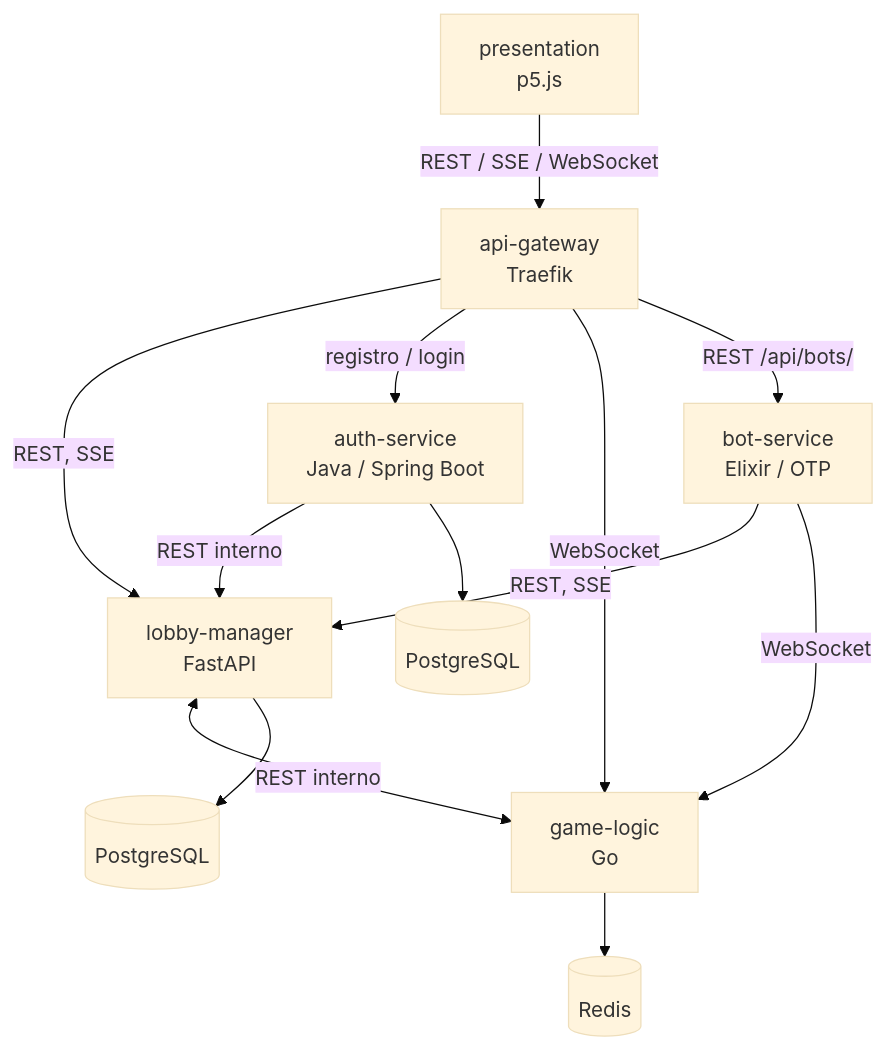
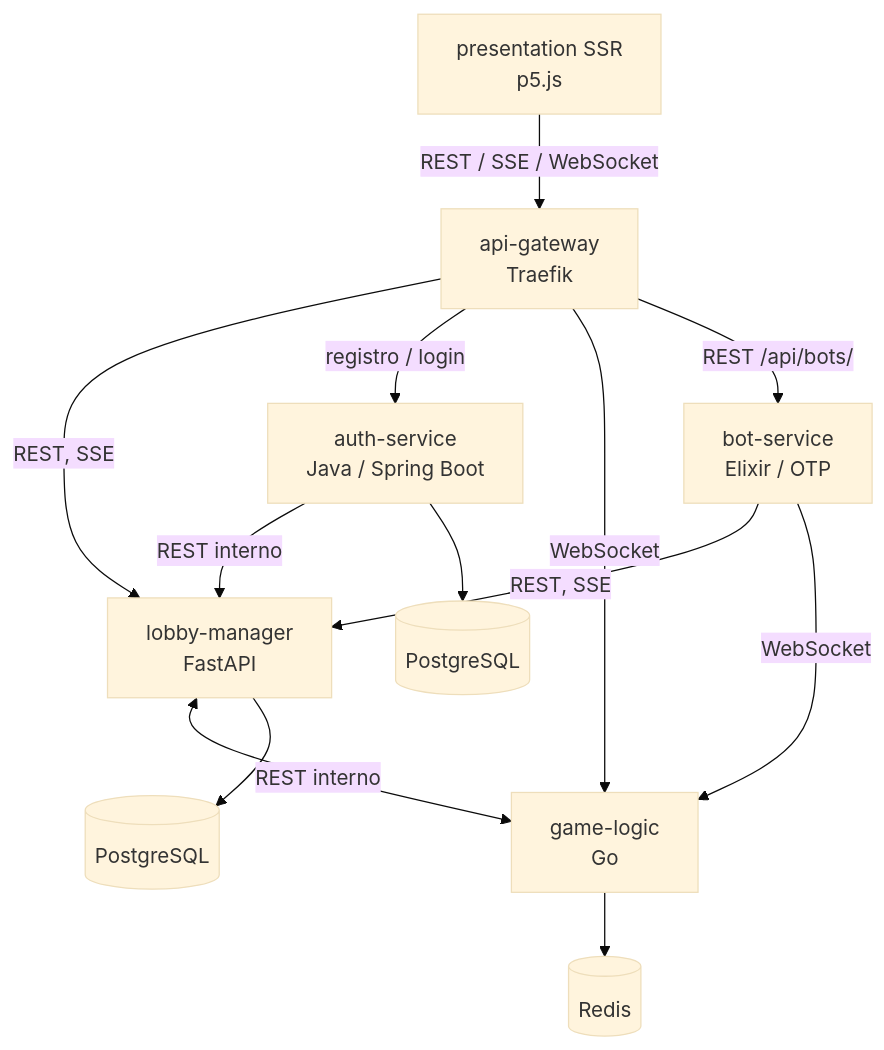
Before and after one commit to soetgdeznsgk/ArchSoft-Group1F: the diagram in README.md, drawn with Mermaid (base theme). The commit also changed other lines of this file and 23 other files, not shown here.

````diff
--- a/README.md
+++ b/README.md
@@ -10,15 +10,15 @@
 ```mermaid
 flowchart TB
-  P[presentation<br/>p5.js] -- "REST / SSE / WebSocket" --> G[api-gateway<br/>Traefik]
+  P[presentation SSR<br/>p5.js] -- "REST / SSE / WebSocket" --> G[api-gateway<br/>Traefik]
   G -- "REST, SSE" --> L[lobby-manager<br/>FastAPI]
   G -- "registro / login" --> A[auth-service<br/>Java / Spring Boot]
   G -- WebSocket --> GL[game-logic<br/>Go]
   G -- "REST /api/bots/" --> B[bot-service<br/>Elixir / OTP]
   B -- "REST, SSE" --> L
   B -- WebSocket --> GL
   A -- "REST interno" --> L
   L <-- "REST interno" --> GL
   L --> PG[(PostgreSQL)]
   A --> APG[(PostgreSQL)]
   GL --> R[(Redis)]
 ```
````
